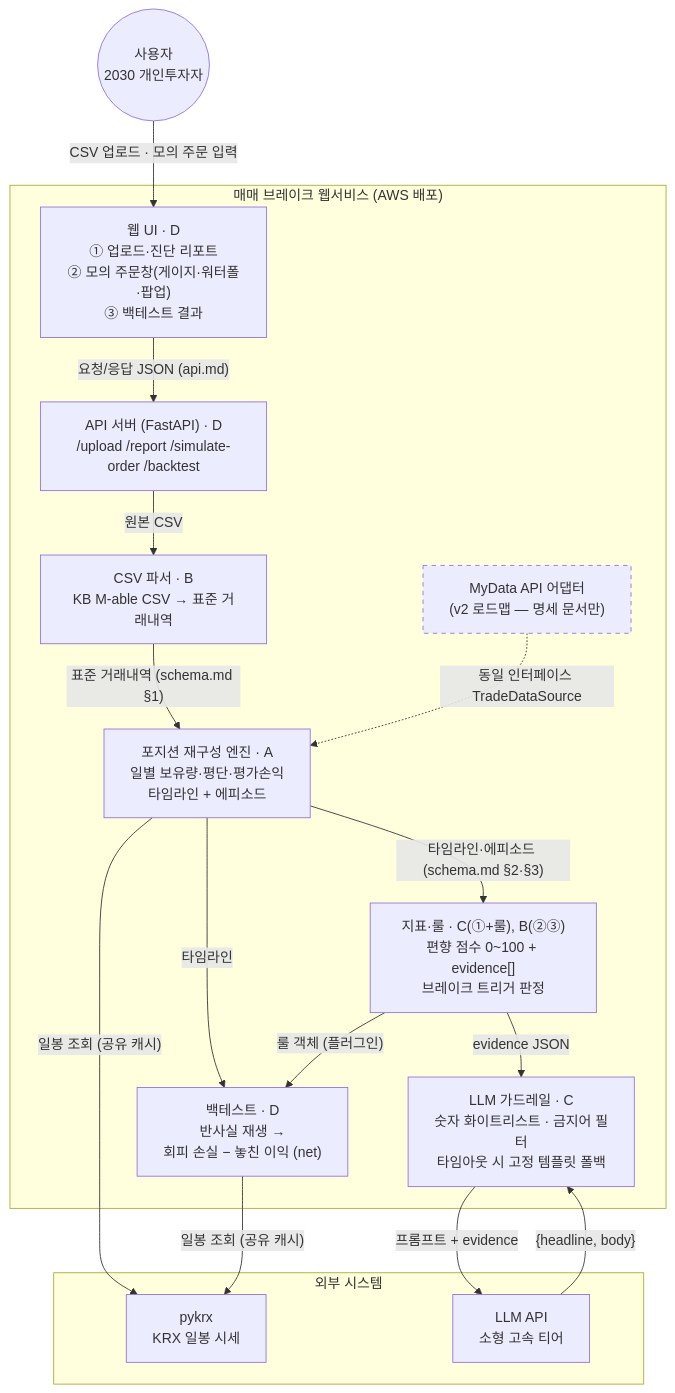
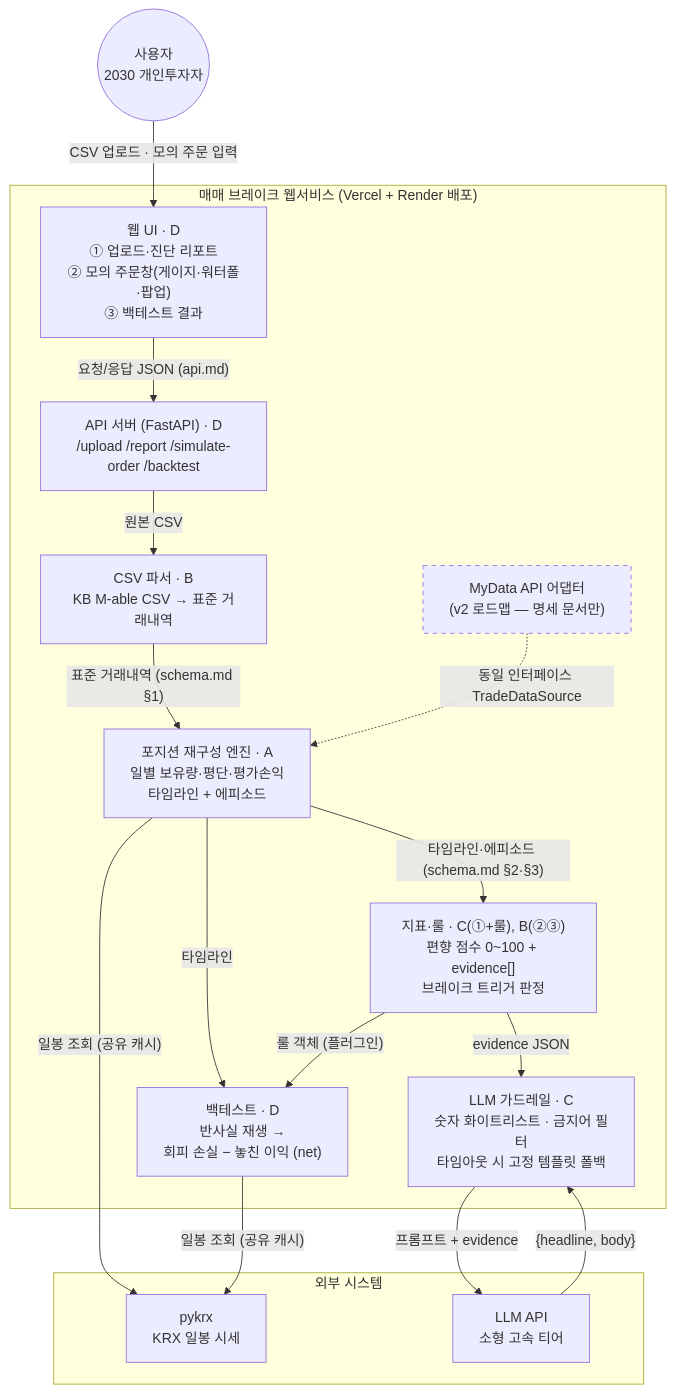
The diagram in docs/architecture.md (durinnn/brakefit), drawn with Mermaid before and after one commit.

Commit message:
docs(architecture): 배포 라벨 AWS → Vercel + Render 로 정정
Claude-Session: https://claude.ai/code/session_01Q29NpEvtH9ocpxexcFNyR6

````diff
--- a/docs/architecture.md
+++ b/docs/architecture.md
@@ -6,36 +6,36 @@
 ```mermaid
 flowchart TB
     User(("사용자<br/>2030 개인투자자"))
 
-    subgraph SVC["매매 브레이크 웹서비스 (AWS 배포)"]
+    subgraph SVC["매매 브레이크 웹서비스 (Vercel + Render 배포)"]
         UI["웹 UI · D<br/>① 업로드·진단 리포트<br/>② 모의 주문창(게이지·워터폴·팝업)<br/>③ 백테스트 결과"]
         API["API 서버 (FastAPI) · D<br/>/upload /report /simulate-order /backtest"]
         PARSER["CSV 파서 · B<br/>KB M-able CSV → 표준 거래내역"]
         MYDATA["MyData API 어댑터<br/>(v2 로드맵 — 명세 문서만)"]
         ENGINE["포지션 재구성 엔진 · A<br/>일별 보유량·평단·평가손익<br/>타임라인 + 에피소드"]
         METRICS["지표·룰 · C(①+룰), B(②③)<br/>편향 점수 0~100 + evidence[]<br/>브레이크 트리거 판정"]
         BT["백테스트 · D<br/>반사실 재생 →<br/>회피 손실 − 놓친 이익 (net)"]
         GUARD["LLM 가드레일 · C<br/>숫자 화이트리스트 · 금지어 필터<br/>타임아웃 시 고정 템플릿 폴백"]
     end
 
     subgraph EXT["외부 시스템"]
         PYKRX["pykrx<br/>KRX 일봉 시세"]
         LLM["LLM API<br/>소형 고속 티어"]
     end
 
     User -->|"CSV 업로드 · 모의 주문 입력"| UI
     UI -->|"요청/응답 JSON (api.md)"| API
     API -->|"원본 CSV"| PARSER
     PARSER -->|"표준 거래내역 (schema.md §1)"| ENGINE
     MYDATA -.->|"동일 인터페이스 TradeDataSource"| ENGINE
     ENGINE -->|"타임라인·에피소드 (schema.md §2·§3)"| METRICS
     ENGINE -->|"타임라인"| BT
     METRICS -->|"룰 객체 (플러그인)"| BT
     METRICS -->|"evidence JSON"| GUARD
     GUARD -->|"프롬프트 + evidence"| LLM
     LLM -->|"{headline, body}"| GUARD
     ENGINE -->|"일봉 조회 (공유 캐시)"| PYKRX
     BT -->|"일봉 조회 (공유 캐시)"| PYKRX
 
     style MYDATA stroke-dasharray: 5 5
 ```
````
